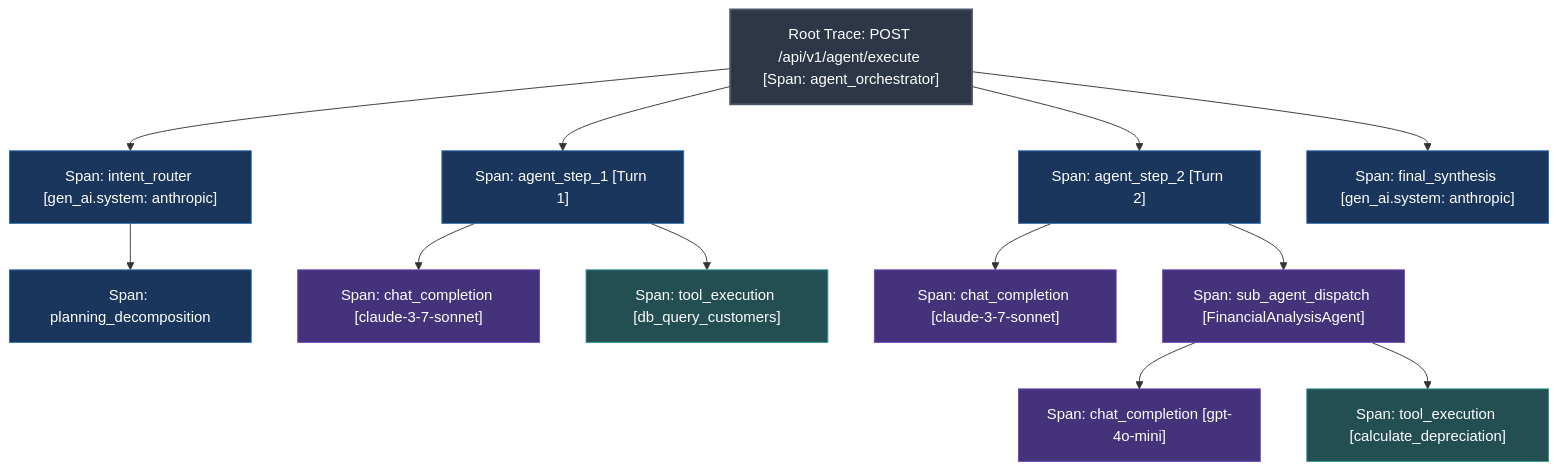
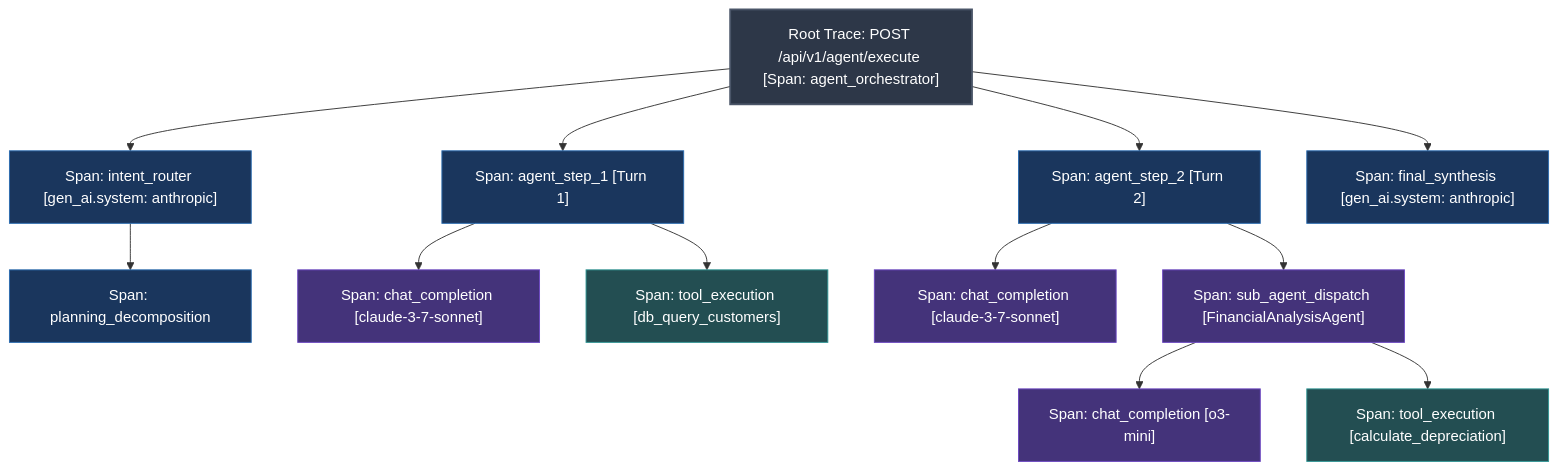
Before and after one commit to dip4k/senior-engineer-to-ai-engineer-roadmap: the seventh of 7 diagrams in 06-evals-and-observability/README.md, drawn with Mermaid. The commit also changed other lines of this file and 39 other files, not shown here.

First line of the commit message:
Enhance use case documentation for Enterprise AI, including new architectural standards and resilience implementations

````diff
--- a/06-evals-and-observability/README.md
+++ b/06-evals-and-observability/README.md
@@ -360,29 +190,29 @@
 ```mermaid
 flowchart TD
     Root["Root Trace: POST /api/v1/agent/execute [Span: agent_orchestrator]"]
     
     Root --> Router["Span: intent_router [gen_ai.system: anthropic]"]
     Router --> Plan["Span: planning_decomposition"]
     
     Root --> Step1["Span: agent_step_1 [Turn 1]"]
     Step1 --> LLM1["Span: chat_completion [claude-3-7-sonnet]"]
     Step1 --> Tool1["Span: tool_execution [db_query_customers]"]
     
     Root --> Step2["Span: agent_step_2 [Turn 2]"]
     Step2 --> LLM2["Span: chat_completion [claude-3-7-sonnet]"]
     Step2 --> SubAgent["Span: sub_agent_dispatch [FinancialAnalysisAgent]"]
-    SubAgent --> SubLLM["Span: chat_completion [gpt-4o-mini]"]
+    SubAgent --> SubLLM["Span: chat_completion [o3-mini]"]
     SubAgent --> Tool2["Span: tool_execution [calculate_depreciation]"]
     
     Root --> Synthesize["Span: final_synthesis [gen_ai.system: anthropic]"]
     
     classDef rootStyle fill:#2d3748,stroke:#4a5568,color:#fff,stroke-width:2px;
     classDef spanStyle fill:#1a365d,stroke:#2b6cb0,color:#fff;
     classDef toolStyle fill:#234e52,stroke:#319795,color:#fff;
     classDef llmStyle fill:#44337a,stroke:#6b46c1,color:#fff;
     
     class Root rootStyle;
     class Router,Plan,Step1,Step2,Synthesize spanStyle;
     class Tool1,Tool2 toolStyle;
     class LLM1,LLM2,SubAgent,SubLLM llmStyle;
 ```
````
